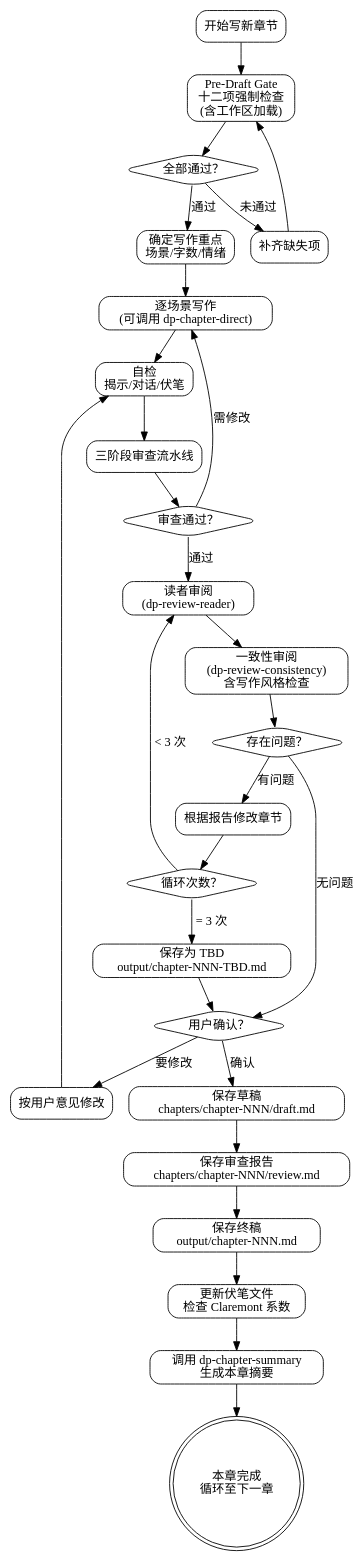
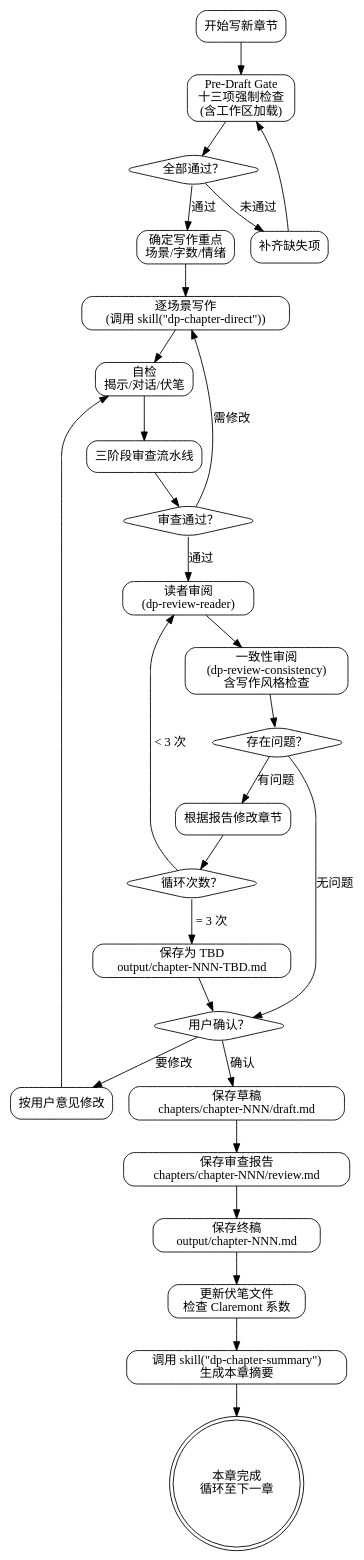
One commit to skyfiredao/dreampowers changed the third of 3 diagrams in skills/dp-chapter-draft/SKILL.md. Above: the diagram before and after it, drawn with Graphviz. The commit also changed other lines of this file and 10 other files, not shown here.

````diff
--- a/skills/dp-chapter-draft/SKILL.md
+++ b/skills/dp-chapter-draft/SKILL.md
@@ -442,63 +443,63 @@
 ```dot
 digraph chapter_draft {
     rankdir=TB;
     node [shape=box, style=rounded];
 
     start [label="开始写新章节"];
-    gate [label="Pre-Draft Gate\n十二项强制检查\n(含工作区加载)"];
+    gate [label="Pre-Draft Gate\n十三项强制检查\n(含工作区加载)"];
     gate_pass [label="全部通过？" shape=diamond];
     fix_gate [label="补齐缺失项"];
     plan [label="确定写作重点\n场景/字数/情绪"];
-    write [label="逐场景写作\n(可调用 dp-chapter-direct)"];
+    write [label="逐场景写作\n(调用 skill(\"dp-chapter-direct\"))"];
     self_check [label="自检\n揭示/对话/伏笔"];
 
     review [label="三阶段审查流水线"];
     review_pass [label="审查通过？" shape=diamond];
 
     ext_reader [label="读者审阅\n(dp-review-reader)"];
     ext_consistency [label="一致性审阅\n(dp-review-consistency)\n含写作风格检查"];
     ext_issue [label="存在问题？" shape=diamond];
     ext_fix [label="根据报告修改章节"];
     ext_count [label="循环次数？" shape=diamond];
     tbd [label="保存为 TBD\noutput/chapter-NNN-TBD.md"];
 
     user [label="用户确认？" shape=diamond];
     user_fix [label="按用户意见修改"];
     save_draft [label="保存草稿\nchapters/chapter-NNN/draft.md"];
     save_review [label="保存审查报告\nchapters/chapter-NNN/review.md"];
     save_output [label="保存终稿\noutput/chapter-NNN.md"];
     update_thread [label="更新伏笔文件\n检查 Claremont 系数"];
-    summary [label="调用 dp-chapter-summary\n生成本章摘要"];
+    summary [label="调用 skill(\"dp-chapter-summary\")\n生成本章摘要"];
     done [label="本章完成\n循环至下一章" shape=doublecircle];
 
     start -> gate;
     gate -> gate_pass;
     gate_pass -> plan [label="通过"];
     gate_pass -> fix_gate [label="未通过"];
     fix_gate -> gate;
     plan -> write;
     write -> self_check;
     self_check -> review;
     review -> review_pass;
     review_pass -> ext_reader [label="通过"];
     review_pass -> write [label="需修改"];
 
     ext_reader -> ext_consistency;
     ext_consistency -> ext_issue;
     ext_issue -> user [label="无问题"];
     ext_issue -> ext_fix [label="有问题"];
     ext_fix -> ext_count;
     ext_count -> ext_reader [label="< 3 次"];
     ext_count -> tbd [label="= 3 次"];
     tbd -> user;
 
     user -> save_draft [label="确认"];
     user -> user_fix [label="要修改"];
     user_fix -> self_check;
     save_draft -> save_review;
     save_review -> save_output;
     save_output -> update_thread;
     update_thread -> summary;
     summary -> done;
 }
 ```
````
